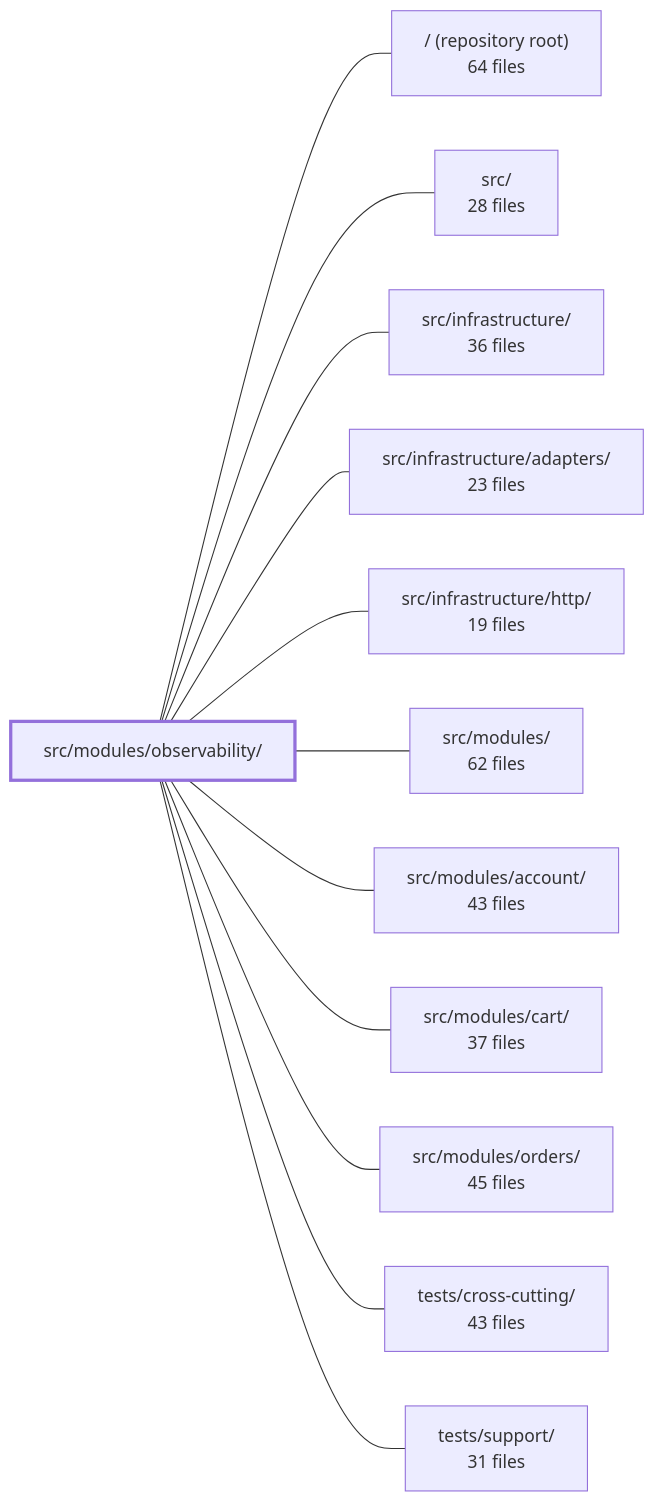
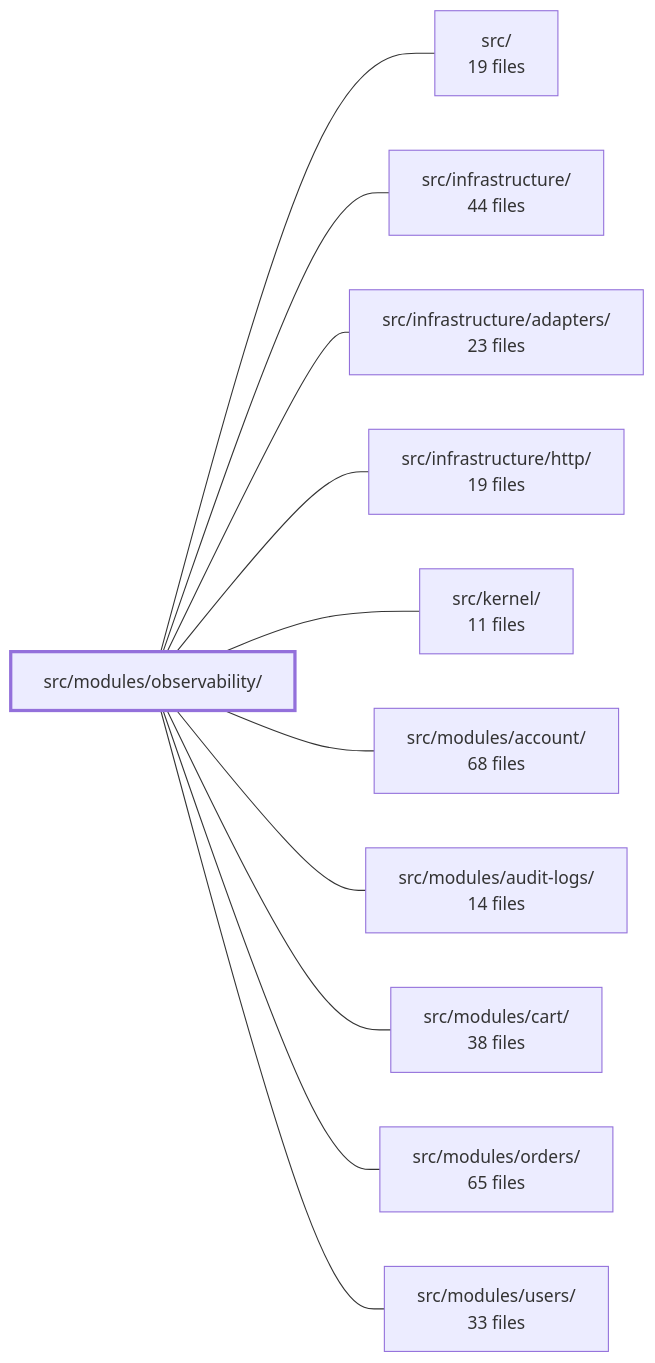
Before and after one commit to Guebbit/boilerplate-node-backend: the diagram in .2brain/modules/boilerplate-node-backend_src_modules_observability.md, drawn with Mermaid. The commit also changed other lines of this file and 137 other files, not shown here.

````diff
--- a/.2brain/modules/boilerplate-node-backend_src_modules_observability.md
+++ b/.2brain/modules/boilerplate-node-backend_src_modules_observability.md
@@ -41,27 +48,25 @@
 ```mermaid
 flowchart LR
     m_src_modules_observability["src/modules/observability/"]
-    m_root["/ (repository root)<br/>64 files"]
-    m_src["src/<br/>28 files"]
-    m_src_infrastructure["src/infrastructure/<br/>36 files"]
+    m_src["src/<br/>19 files"]
+    m_src_infrastructure["src/infrastructure/<br/>44 files"]
     m_src_infrastructure_adapters["src/infrastructure/adapters/<br/>23 files"]
     m_src_infrastructure_http["src/infrastructure/http/<br/>19 files"]
-    m_src_modules["src/modules/<br/>62 files"]
-    m_src_modules_account["src/modules/account/<br/>43 files"]
-    m_src_modules_cart["src/modules/cart/<br/>37 files"]
-    m_src_modules_orders["src/modules/orders/<br/>45 files"]
-    m_tests_cross_cutting["tests/cross-cutting/<br/>43 files"]
-    m_tests_support["tests/support/<br/>31 files"]
-    m_src_modules_observability --- m_root
+    m_src_kernel["src/kernel/<br/>11 files"]
+    m_src_modules_account["src/modules/account/<br/>68 files"]
+    m_src_modules_audit_logs["src/modules/audit-logs/<br/>14 files"]
+    m_src_modules_cart["src/modules/cart/<br/>38 files"]
+    m_src_modules_orders["src/modules/orders/<br/>65 files"]
+    m_src_modules_users["src/modules/users/<br/>33 files"]
     m_src_modules_observability --- m_src
     m_src_modules_observability --- m_src_infrastructure
     m_src_modules_observability --- m_src_infrastructure_adapters
     m_src_modules_observability --- m_src_infrastructure_http
-    m_src_modules_observability --- m_src_modules
+    m_src_modules_observability --- m_src_kernel
     m_src_modules_observability --- m_src_modules_account
+    m_src_modules_observability --- m_src_modules_audit_logs
     m_src_modules_observability --- m_src_modules_cart
     m_src_modules_observability --- m_src_modules_orders
-    m_src_modules_observability --- m_tests_cross_cutting
-    m_src_modules_observability --- m_tests_support
+    m_src_modules_observability --- m_src_modules_users
     style m_src_modules_observability stroke-width:3px
 ```
````
